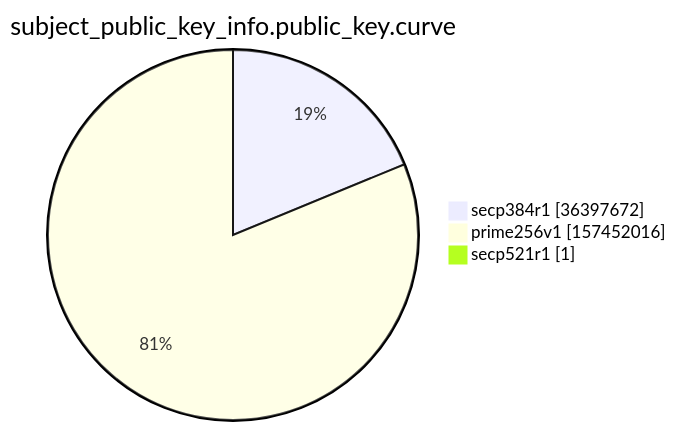
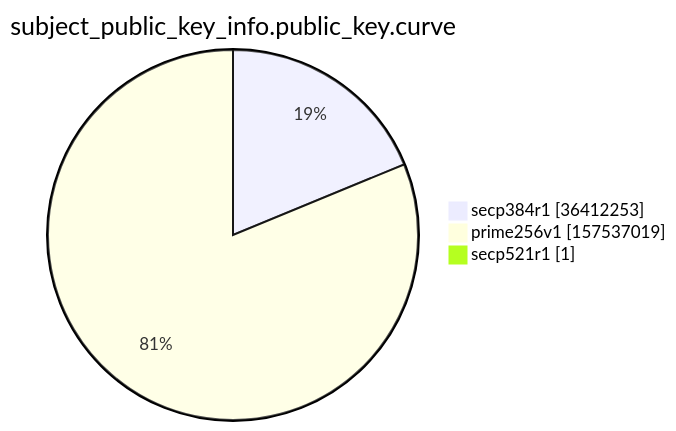
Before and after one commit to christiankrug/ctmonitor_visualization: the ninth of 15 diagrams in argon2022/README.md, drawn with Mermaid. The commit also changed other lines of this file, not shown here.

````diff
--- a/argon2022/README.md
+++ b/argon2022/README.md
@@ -2766,7 +2766,7 @@
 ```mermaid
 pie showData
 title subject_public_key_info.public_key.curve
-"secp384r1" :36397672
-"prime256v1" :157452016
+"secp384r1" :36412253
+"prime256v1" :157537019
 "secp521r1" :1
 ```
````
